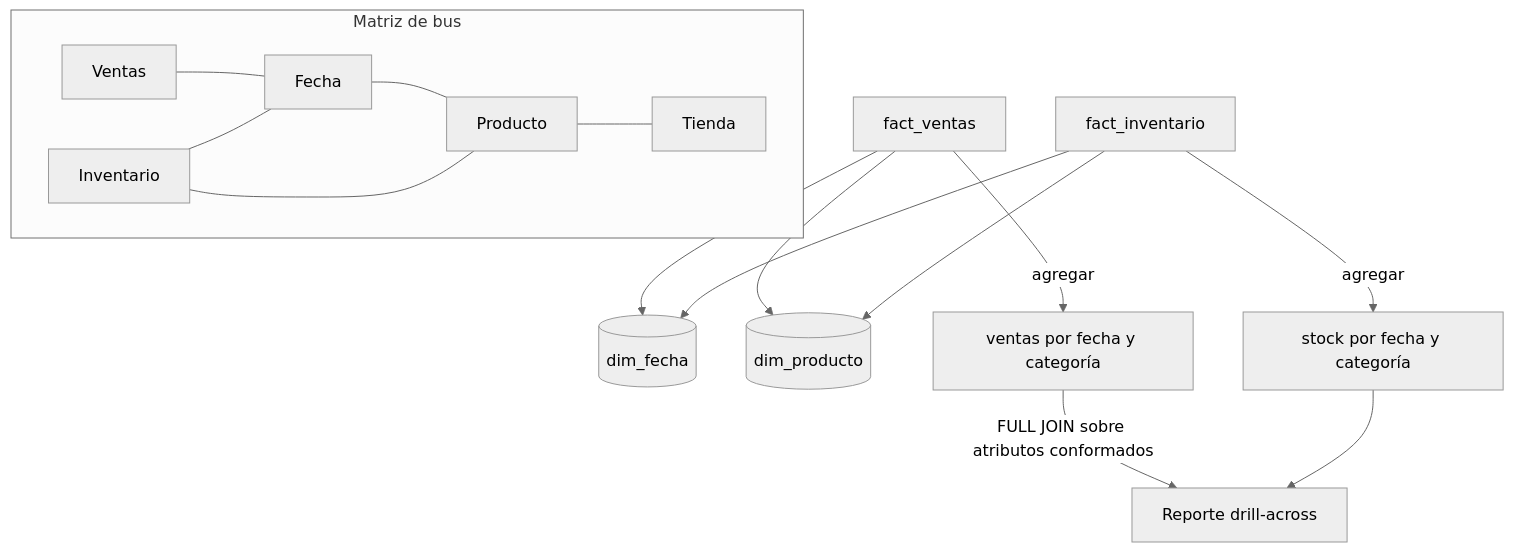
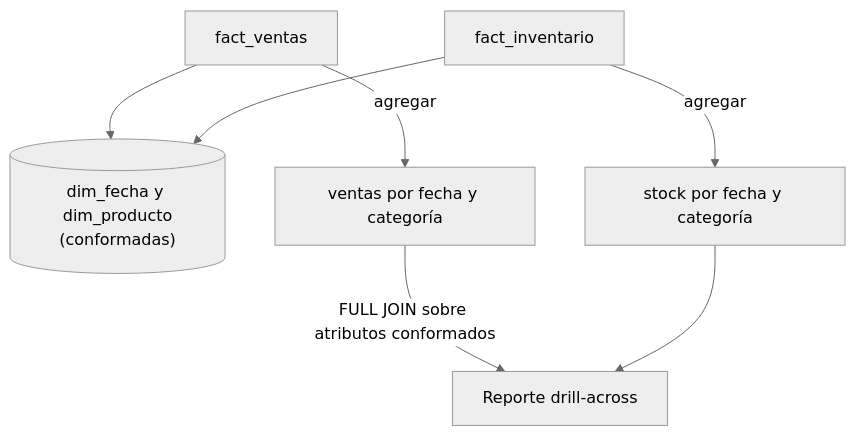
The second of 2 diagrams in content/concepts/conformed-dimensions.md (fcp4891/de-knowledge-hub), drawn with Mermaid (neutral theme) before and after one commit. The commit also changed 20 other files, not shown here.

First line of the commit message:
§9 con el estándar de diagramas: 21 diagramas sobre 8 nodos o 10 aristas, rehechos

````diff
--- a/content/concepts/conformed-dimensions.md
+++ b/content/concepts/conformed-dimensions.md
@@ -119,17 +129,9 @@
 ```mermaid
 flowchart TB
-  subgraph Matriz de bus
-    direction LR
-    V[Ventas] --- DF[Fecha] --- DP[Producto] --- DT[Tienda]
-    I[Inventario] --- DF
-    I --- DP
-  end
-  FV[fact_ventas] --> DF2[(dim_fecha)]
-  FV --> DP2[(dim_producto)]
-  FI[fact_inventario] --> DF2
-  FI --> DP2
+  FV[fact_ventas] --> D[("dim_fecha y dim_producto<br/>(conformadas)")]
+  FI[fact_inventario] --> D
   FV -->|agregar| A1[ventas por fecha y categoría]
   FI -->|agregar| A2[stock por fecha y categoría]
   A1 -->|FULL JOIN sobre atributos conformados| R[Reporte drill-across]
   A2 --> R
 ```
````
